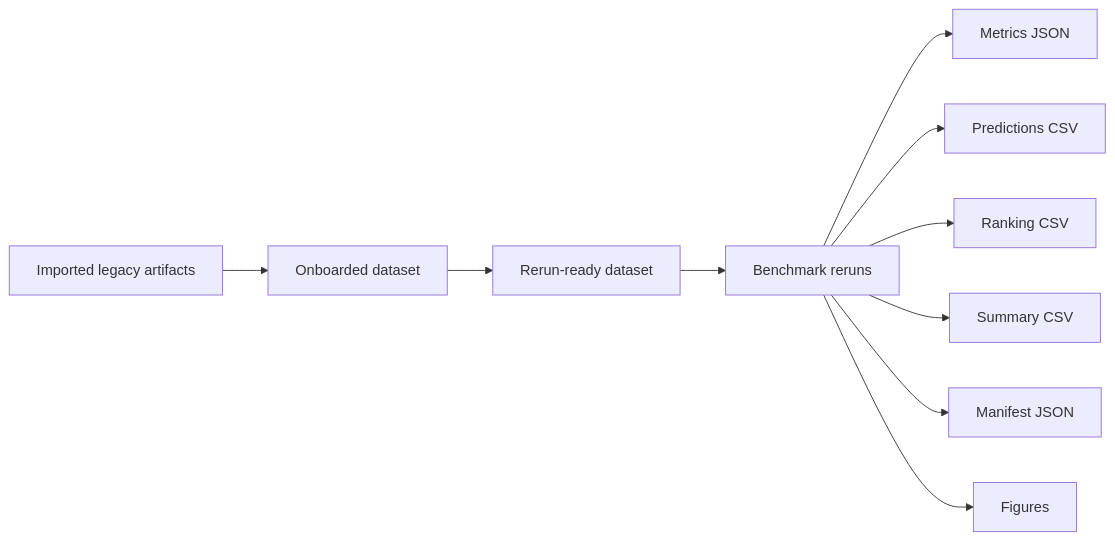
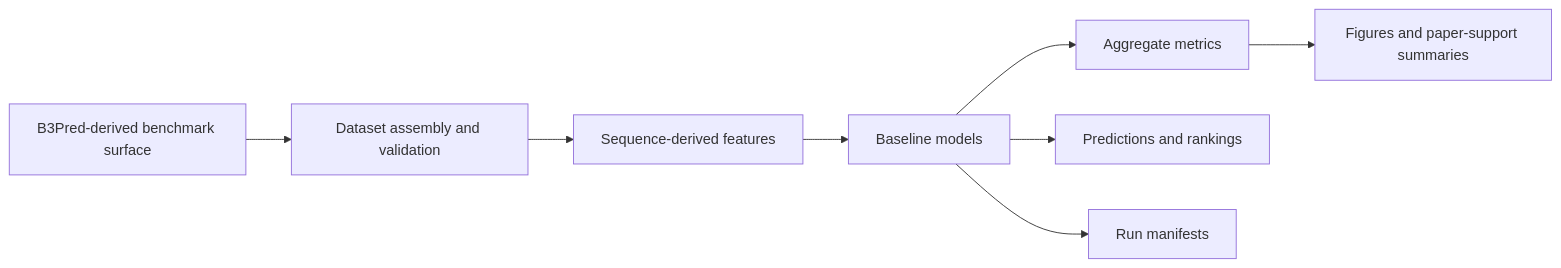
Before and after one commit to Permea-lab/permea-signal-ml: the diagram in README.md, drawn with Mermaid. The commit also changed other lines of this file, not shown here.

````diff
--- a/README.md
+++ b/README.md
@@ -134,12 +155,10 @@
 ```mermaid
 flowchart LR
-    A["Imported legacy artifacts"] --> B["Onboarded dataset"]
-    B --> C["Rerun-ready dataset"]
-    C --> D["Benchmark reruns"]
-    D --> E["Metrics JSON"]
-    D --> F["Predictions CSV"]
-    D --> G["Ranking CSV"]
-    D --> H["Summary CSV"]
-    D --> I["Manifest JSON"]
-    D --> J["Figures"]
+    A["B3Pred-derived benchmark surface"] --> B["Dataset assembly and validation"]
+    B --> C["Sequence-derived features"]
+    C --> D["Baseline models"]
+    D --> E["Aggregate metrics"]
+    D --> F["Predictions and rankings"]
+    D --> G["Run manifests"]
+    E --> H["Figures and paper-support summaries"]
 ```
````
